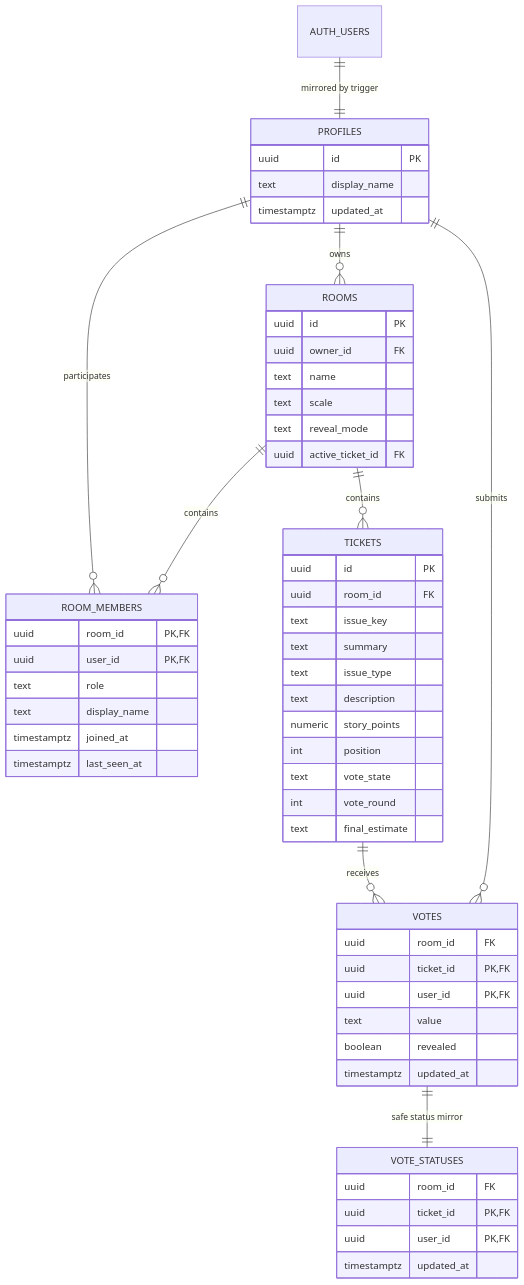
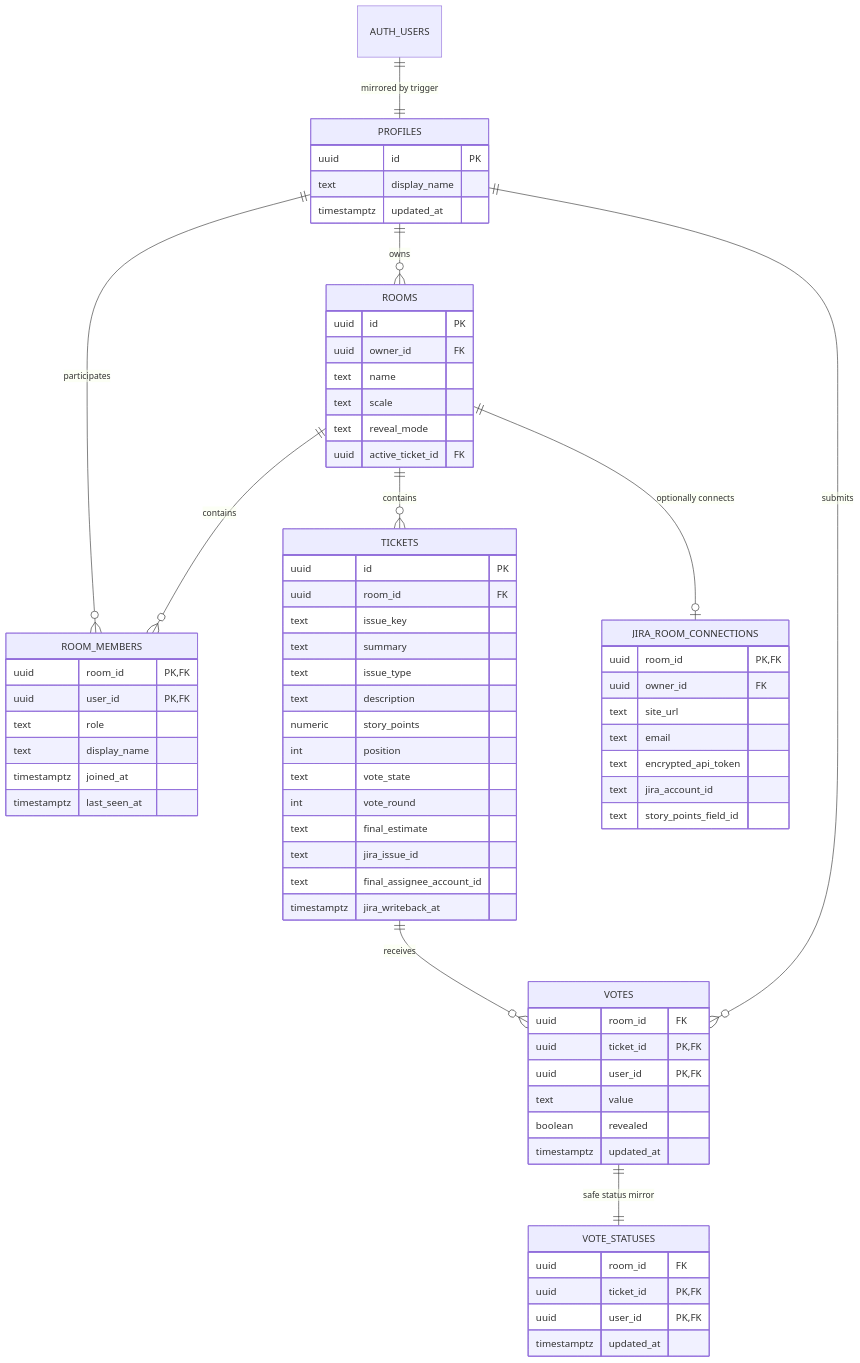
The third of 7 diagrams in ARCHITECTURE.md (tomekpilat/tickettalk.io), drawn with Mermaid before and after one commit. The commit also changed other lines of this file and 24 other files, not shown here.

Commit message:
Add room-scoped Jira JQL integration

````diff
--- a/ARCHITECTURE.md
+++ b/ARCHITECTURE.md
@@ -120,60 +124,73 @@
 ```mermaid
 erDiagram
     AUTH_USERS ||--|| PROFILES : "mirrored by trigger"
     PROFILES ||--o{ ROOMS : owns
     PROFILES ||--o{ ROOM_MEMBERS : participates
     ROOMS ||--o{ ROOM_MEMBERS : contains
     ROOMS ||--o{ TICKETS : contains
+    ROOMS ||--o| JIRA_ROOM_CONNECTIONS : "optionally connects"
     TICKETS ||--o{ VOTES : receives
     PROFILES ||--o{ VOTES : submits
     VOTES ||--|| VOTE_STATUSES : "safe status mirror"
 
     PROFILES {
         uuid id PK
         text display_name
         timestamptz updated_at
     }
     ROOMS {
         uuid id PK
         uuid owner_id FK
         text name
         text scale
         text reveal_mode
         uuid active_ticket_id FK
     }
     ROOM_MEMBERS {
         uuid room_id PK,FK
         uuid user_id PK,FK
         text role
         text display_name
         timestamptz joined_at
         timestamptz last_seen_at
     }
     TICKETS {
         uuid id PK
         uuid room_id FK
         text issue_key
         text summary
         text issue_type
         text description
         numeric story_points
         int position
         text vote_state
         int vote_round
         text final_estimate
+        text jira_issue_id
+        text final_assignee_account_id
+        timestamptz jira_writeback_at
+    }
+    JIRA_ROOM_CONNECTIONS {
+        uuid room_id PK,FK
+        uuid owner_id FK
+        text site_url
+        text email
+        text encrypted_api_token
+        text jira_account_id
+        text story_points_field_id
     }
     VOTES {
         uuid room_id FK
         uuid ticket_id PK,FK
         uuid user_id PK,FK
         text value
         boolean revealed
         timestamptz updated_at
     }
     VOTE_STATUSES {
         uuid room_id FK
         uuid ticket_id PK,FK
         uuid user_id PK,FK
         timestamptz updated_at
     }
 ```
````
